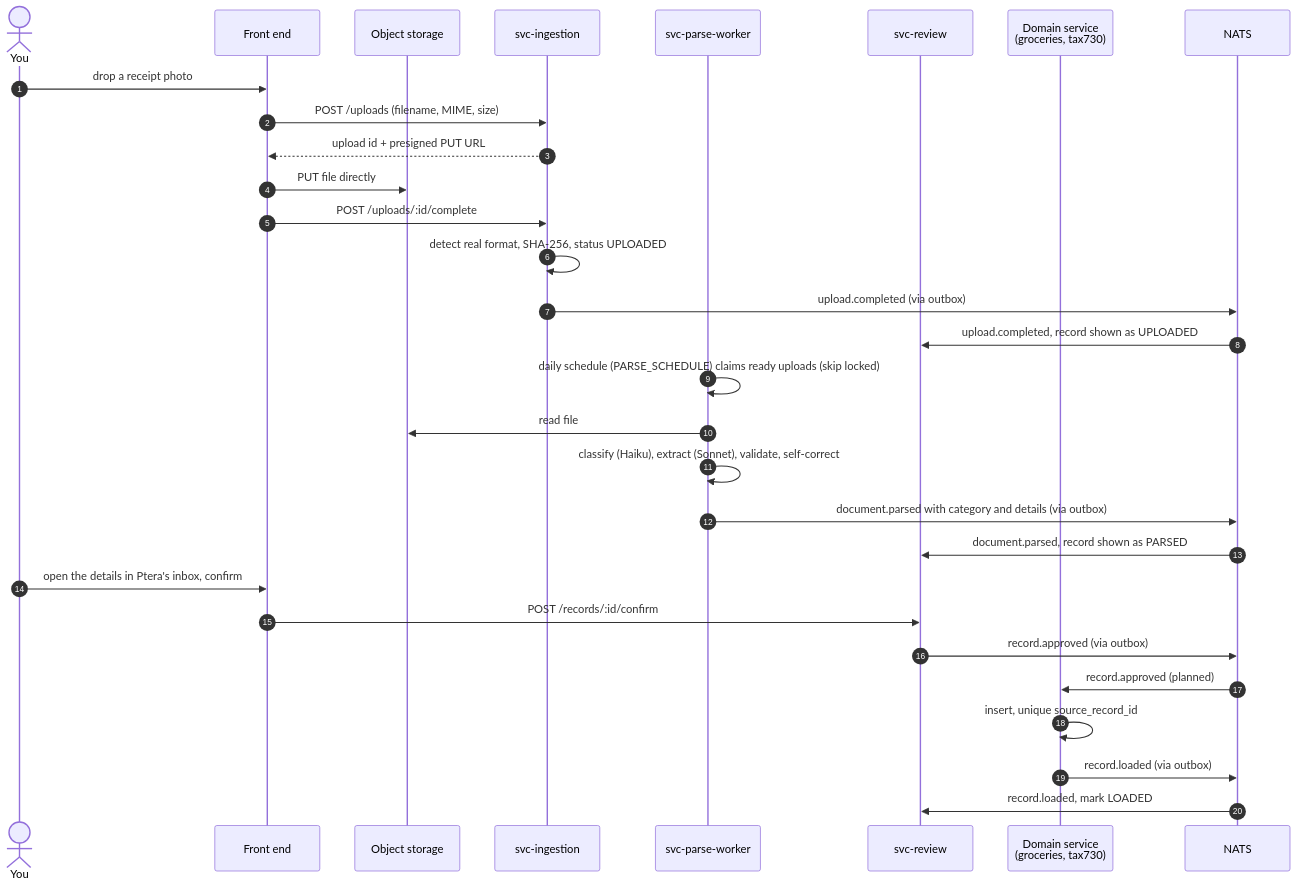
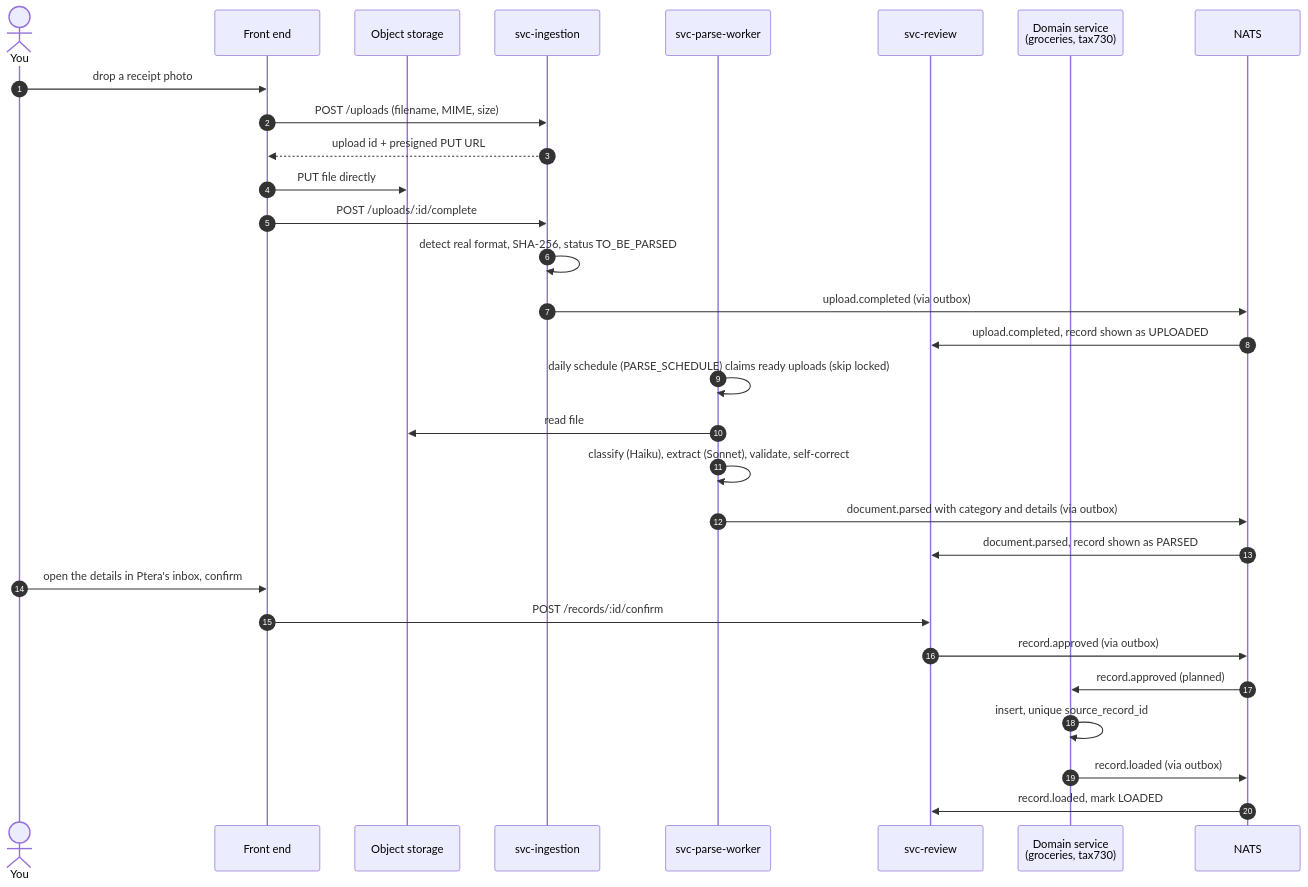
Before and after one commit to albertoscandolara/life-island: the second of 2 diagrams in docs/overview.md, drawn with Mermaid. The commit also changed 26 other files, not shown here.

First line of the commit message:
Document storage: TO_BE_PARSED status, categories, preview and download

````diff
--- a/docs/overview.md
+++ b/docs/overview.md
@@ -71,33 +71,33 @@
 ```mermaid
 sequenceDiagram
   autonumber
   actor You
   participant FE as Front end
   participant S3 as Object storage
   participant ING as svc-ingestion
   participant W as svc-parse-worker
   participant REV as svc-review
   participant DOM as Domain service<br/>(groceries, tax730)
   participant N as NATS
 
   You->>FE: drop a receipt photo
   FE->>ING: POST /uploads (filename, MIME, size)
   ING-->>FE: upload id + presigned PUT URL
   FE->>S3: PUT file directly
   FE->>ING: POST /uploads/:id/complete
-  ING->>ING: detect real format, SHA-256, status UPLOADED
+  ING->>ING: detect real format, SHA-256, status TO_BE_PARSED
   ING->>N: upload.completed (via outbox)
   N->>REV: upload.completed, record shown as UPLOADED
   W->>W: daily schedule (PARSE_SCHEDULE) claims ready uploads (skip locked)
   W->>S3: read file
   W->>W: classify (Haiku), extract (Sonnet), validate, self-correct
   W->>N: document.parsed with category and details (via outbox)
   N->>REV: document.parsed, record shown as PARSED
   You->>FE: open the details in Ptera's inbox, confirm
   FE->>REV: POST /records/:id/confirm
   REV->>N: record.approved (via outbox)
   N->>DOM: record.approved (planned)
   DOM->>DOM: insert, unique source_record_id
   DOM->>N: record.loaded (via outbox)
   N->>REV: record.loaded, mark LOADED
 ```
````
